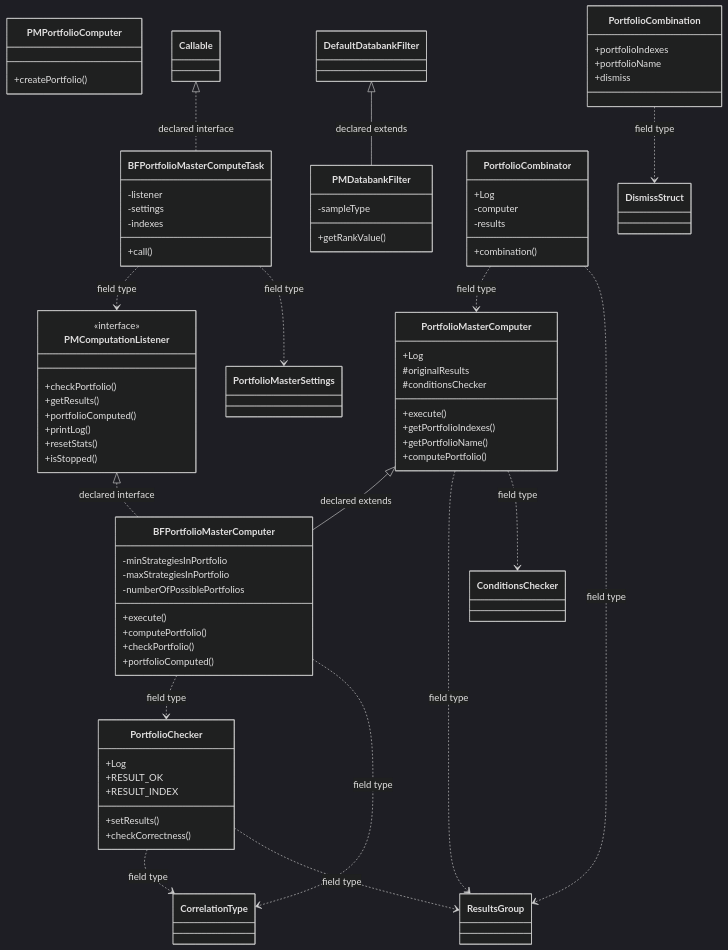
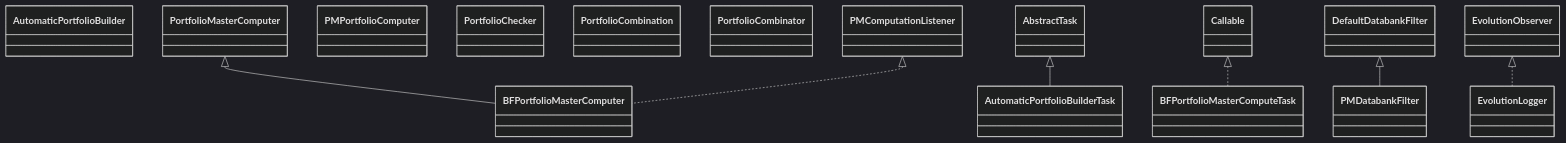
Before and after one commit to haruperi/HaruQuantAI: the diagram in docs/sqx/PortfolioMaster/TaskAutomaticPortfolioBuilder.md, drawn with Mermaid (dark theme). The commit also changed other lines of this file and 1688 other files, not shown here.

````diff
--- a/docs/sqx/PortfolioMaster/TaskAutomaticPortfolioBuilder.md
+++ b/docs/sqx/PortfolioMaster/TaskAutomaticPortfolioBuilder.md
@@ -57,83 +26,25 @@
 ```mermaid
 classDiagram
-    class C32c3b4f95736["BFPortfolioMasterComputeTask"] {
-        -listener
-        -settings
-        -indexes
-        +call()
-    }
-    class Cc61fb313d8f8["BFPortfolioMasterComputer"] {
-        -minStrategiesInPortfolio
-        -maxStrategiesInPortfolio
-        -numberOfPossiblePortfolios
-        +execute()
-        +computePortfolio()
-        +checkPortfolio()
-        +portfolioComputed()
-    }
-    class Cb7a3d0b622f0["PMComputationListener"] {
-        <<interface>>
-        +checkPortfolio()
-        +getResults()
-        +portfolioComputed()
-        +printLog()
-        +resetStats()
-        +isStopped()
-    }
-    class C1ed229676ec2["PMDatabankFilter"] {
-        -sampleType
-        +getRankValue()
-    }
-    class C286bacb7e4d9["PMPortfolioComputer"] {
-        +createPortfolio()
-    }
-    class C58590978118b["PortfolioChecker"] {
-        +Log
-        +RESULT_OK
-        +RESULT_INDEX
-        +setResults()
-        +checkCorrectness()
-    }
-    class C3cabd5845c2e["PortfolioCombination"] {
-        +portfolioIndexes
-        +portfolioName
-        +dismiss
-    }
-    class C467a9af58f78["PortfolioCombinator"] {
-        +Log
-        -computer
-        -results
-        +combination()
-    }
-    class C12df46392fc4["PortfolioMasterComputer"] {
-        +Log
-        #originalResults
-        #conditionsChecker
-        +execute()
-        +getPortfolioIndexes()
-        +getPortfolioName()
-        +computePortfolio()
-    }
-    class C6668765fd615["CorrelationType"]
-    class C81fcbc41b716["ResultsGroup"]
-    class Ce7e1597aada5["ConditionsChecker"]
-    class C9b5862acfbba["DismissStruct"]
-    class C7fd7b3bbf26b["DefaultDatabankFilter"]
-    class Ca59a192ef8ff["PortfolioMasterSettings"]
-    class C59e430b99b4f["Callable"]
-    C59e430b99b4f <|.. C32c3b4f95736 : declared interface
-    C32c3b4f95736 ..> Cb7a3d0b622f0 : field type
-    C32c3b4f95736 ..> Ca59a192ef8ff : field type
-    C12df46392fc4 <|-- Cc61fb313d8f8 : declared extends
-    Cb7a3d0b622f0 <|.. Cc61fb313d8f8 : declared interface
-    Cc61fb313d8f8 ..> C58590978118b : field type
-    Cc61fb313d8f8 ..> C6668765fd615 : field type
-    C7fd7b3bbf26b <|-- C1ed229676ec2 : declared extends
-    C58590978118b ..> C6668765fd615 : field type
-    C58590978118b ..> C81fcbc41b716 : field type
-    C3cabd5845c2e ..> C9b5862acfbba : field type
-    C467a9af58f78 ..> C12df46392fc4 : field type
-    C467a9af58f78 ..> C81fcbc41b716 : field type
-    C12df46392fc4 ..> C81fcbc41b716 : field type
-    C12df46392fc4 ..> Ce7e1597aada5 : field type
+    class C0["AutomaticPortfolioBuilder"]
+    class C1["AutomaticPortfolioBuilderTask"]
+    class C2["BFPortfolioMasterComputeTask"]
+    class C3["BFPortfolioMasterComputer"]
+    class C4["PMComputationListener"]
+    class C5["PMDatabankFilter"]
+    class C6["PMPortfolioComputer"]
+    class C7["PortfolioChecker"]
+    class C8["PortfolioCombination"]
+    class C9["PortfolioCombinator"]
+    class C10["PortfolioMasterComputer"]
+    class C11["EvolutionLogger"]
+    class E0["AbstractTask"]
+    E0 <|-- C1
+    class E1["Callable"]
+    E1 <|.. C2
+    C10 <|-- C3
+    C4 <|.. C3
+    class E2["DefaultDatabankFilter"]
+    E2 <|-- C5
+    class E3["EvolutionObserver"]
+    E3 <|.. C11
 ```
````
